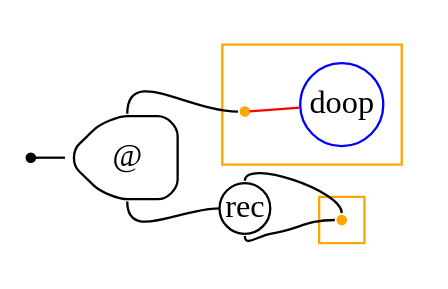
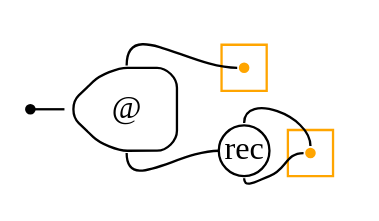
One commit to jobrob/FYP changed the diagram in dotGraphs/example/state-0.dot. Above: the diagram before and after it, drawn with Graphviz.

```diff
--- a/dotGraphs/example/state-0.dot
+++ b/dotGraphs/example/state-0.dot
@@ -1,30 +1,25 @@
  digraph G {
   rankdir=LR;
   edge[arrowhead=none,arrowtail=none];
   node[fixedsize=true,shape=circle]
   size="12.133333333333333,4.987468750000001";
   labeldistance=0;
   nodesep=.175;
   ranksep=.175;
 
  nd1[shape=point];
  nd2[label="@",tooltip="nd2-AppGraph",style=rounded,orientation=90,shape=house,color="#000000"];
  subgraph cluster_nd4 {
-	subgraph testingtesting 
-		{
-			dooppoop[label = "doop",color = "blue"]
-		}
    graph[style=fill,color="orange"];ndcluster_nd4[tooltip="nd4",orientation=90,shape=point,color="orange"];
  };
    subgraph cluster_nd24 {
      graph[style=fill,color="orange"];ndcluster_nd24[tooltip="nd24",orientation=90,shape=point,color="orange"];
    };
  nd22[label="rec",tooltip="nd22-RecurGraph",style=rounded,width=.3,height=.3,color="#000000"];
 
   nd22->ndcluster_nd24[dir=back,headport=n,tailport=n];
   nd22->ndcluster_nd24[tailport=s,headport=w];
   nd2->ndcluster_nd4[tailport=n,headport=w];
   nd2->nd22[tailport=s,headport=w];
   nd1->nd2[tailport=e,headport=w];
-  ndcluster_nd4 -> dooppoop[color ="red"]
 }
```
